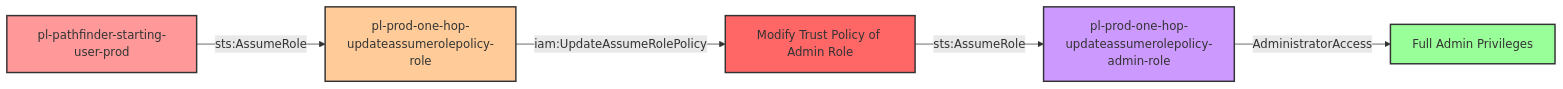
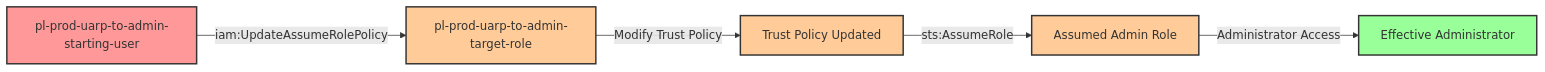
Before and after one commit to DataDog/pathfinding-labs: the diagram in modules/scenarios/single-account/privesc-one-hop/to-admin/iam-updateassumerolepolicy/README.md, drawn with Mermaid. The commit also changed other lines of this file and 127 other files, not shown here.

````diff
--- a/modules/scenarios/single-account/privesc-one-hop/to-admin/iam-updateassumerolepolicy/README.md
+++ b/modules/scenarios/single-account/privesc-one-hop/to-admin/iam-updateassumerolepolicy/README.md
@@ -10,13 +28,13 @@
 ```mermaid
 graph LR
-    A[pl-pathfinder-starting-user-prod] -->|sts:AssumeRole| B[pl-prod-one-hop-updateassumerolepolicy-role]
-    B -->|iam:UpdateAssumeRolePolicy| C[Modify Trust Policy of Admin Role]
-    C -->|sts:AssumeRole| D[pl-prod-one-hop-updateassumerolepolicy-admin-role]
-    D -->|AdministratorAccess| E[Full Admin Privileges]
+    A[pl-prod-uarp-to-admin-starting-user] -->|iam:UpdateAssumeRolePolicy| B[pl-prod-uarp-to-admin-target-role]
+    B -->|Modify Trust Policy| C[Trust Policy Updated]
+    C -->|sts:AssumeRole| D[Assumed Admin Role]
+    D -->|Administrator Access| E[Effective Administrator]
 
     style A fill:#ff9999,stroke:#333,stroke-width:2px
     style B fill:#ffcc99,stroke:#333,stroke-width:2px
-    style C fill:#ff6666,stroke:#333,stroke-width:2px
-    style D fill:#cc99ff,stroke:#333,stroke-width:2px
+    style C fill:#ffcc99,stroke:#333,stroke-width:2px
+    style D fill:#ffcc99,stroke:#333,stroke-width:2px
     style E fill:#99ff99,stroke:#333,stroke-width:2px
 ```
````
